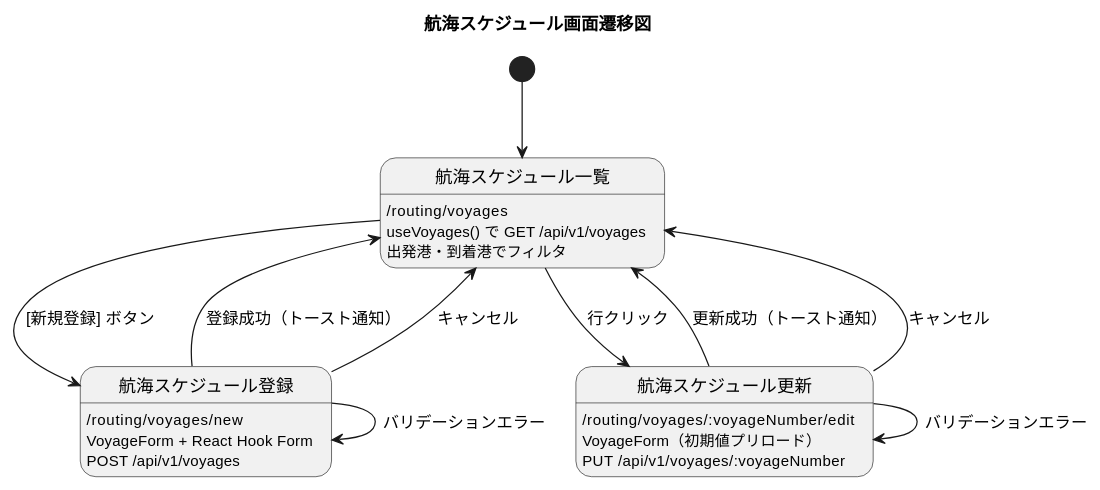
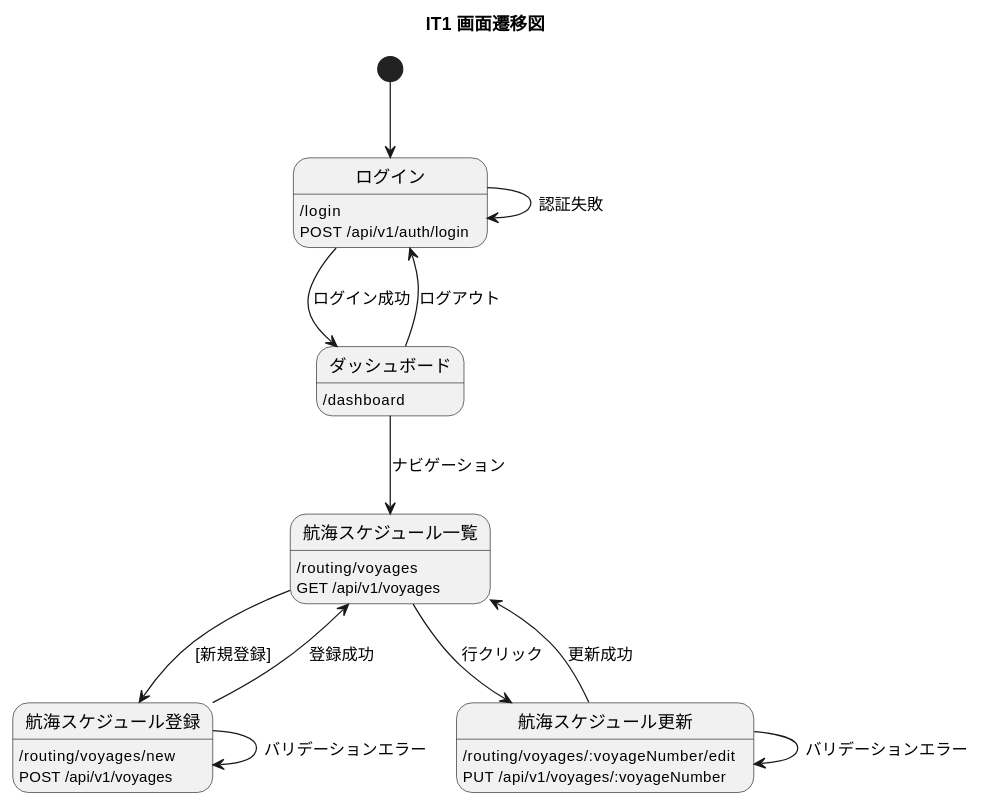
Before and after one commit to k2works/case-study-cargo-tracker: the tenth of 10 diagrams in docs/development/iteration_plan-1.md, drawn with PlantUML. The commit also changed other lines of this file and 3 other files, not shown here.

````diff
--- a/docs/development/iteration_plan-1.md
+++ b/docs/development/iteration_plan-1.md
@@ -403,36 +486,44 @@
 ```plantuml
 @startuml
 
-title 航海スケジュール画面遷移図
+title IT1 画面遷移図
 
-[*] --> 航海スケジュール一覧
+[*] --> ログイン
+
+state ログイン {
+    ログイン : /login
+    ログイン : POST /api/v1/auth/login
+}
+
+state ダッシュボード {
+    ダッシュボード : /dashboard
+}
 
 state 航海スケジュール一覧 {
     航海スケジュール一覧 : /routing/voyages
-    航海スケジュール一覧 : useVoyages() で GET /api/v1/voyages
-    航海スケジュール一覧 : 出発港・到着港でフィルタ
+    航海スケジュール一覧 : GET /api/v1/voyages
 }
 
 state 航海スケジュール登録 {
     航海スケジュール登録 : /routing/voyages/new
-    航海スケジュール登録 : VoyageForm + React Hook Form
     航海スケジュール登録 : POST /api/v1/voyages
 }
 
 state 航海スケジュール更新 {
     航海スケジュール更新 : /routing/voyages/:voyageNumber/edit
-    航海スケジュール更新 : VoyageForm（初期値プリロード）
     航海スケジュール更新 : PUT /api/v1/voyages/:voyageNumber
 }
 
-航海スケジュール一覧 --> 航海スケジュール登録 : [新規登録] ボタン
+ログイン --> ダッシュボード : ログイン成功
+ログイン --> ログイン : 認証失敗
+ダッシュボード --> 航海スケジュール一覧 : ナビゲーション
+航海スケジュール一覧 --> 航海スケジュール登録 : [新規登録]
 航海スケジュール一覧 --> 航海スケジュール更新 : 行クリック
-航海スケジュール登録 --> 航海スケジュール一覧 : 登録成功（トースト通知）
+航海スケジュール登録 --> 航海スケジュール一覧 : 登録成功
 航海スケジュール登録 --> 航海スケジュール登録 : バリデーションエラー
-航海スケジュール更新 --> 航海スケジュール一覧 : 更新成功（トースト通知）
+航海スケジュール更新 --> 航海スケジュール一覧 : 更新成功
 航海スケジュール更新 --> 航海スケジュール更新 : バリデーションエラー
-航海スケジュール登録 --> 航海スケジュール一覧 : キャンセル
-航海スケジュール更新 --> 航海スケジュール一覧 : キャンセル
+ダッシュボード --> ログイン : ログアウト
 
 @enduml
 ```
````
